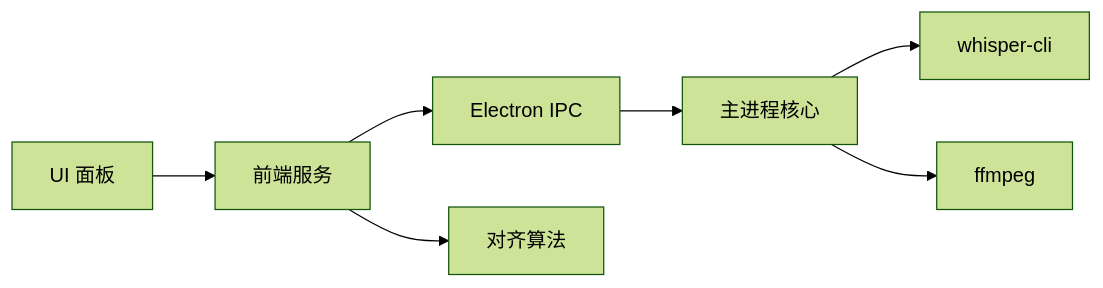
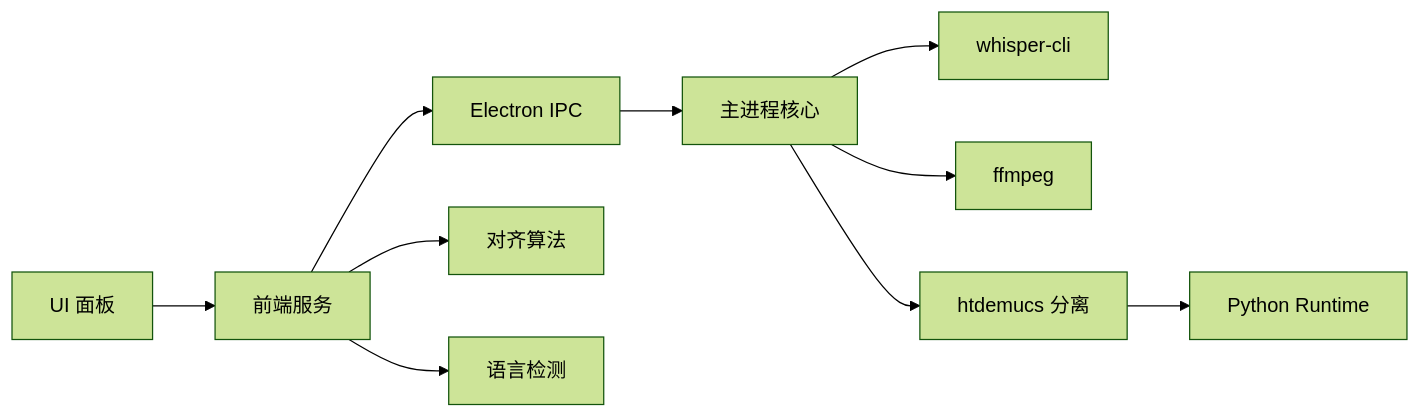
Before and after one commit to nonemarks/folia_player: the sixth of 6 diagrams in .qoder/repowiki/zh/content/模组系统/内置模组详解/Whisper歌词对齐工具.md, drawn with Mermaid (forest theme). The commit also changed other lines of this file and 4 other files, not shown here.

````diff
--- a/.qoder/repowiki/zh/content/模组系统/内置模组详解/Whisper歌词对齐工具.md
+++ b/.qoder/repowiki/zh/content/模组系统/内置模组详解/Whisper歌词对齐工具.md
@@ -311,9 +412,12 @@
 ```mermaid
 graph LR
 UI["UI 面板"] --> SVC["前端服务"]
 SVC --> IPC["Electron IPC"]
 IPC --> CORE["主进程核心"]
 CORE --> CLI["whisper-cli"]
 CORE --> FFMPEG["ffmpeg"]
+CORE --> SIDECAR["htdemucs 分离"]
+SIDECAR --> PYTHON["Python Runtime"]
 SVC --> ALG["对齐算法"]
+SVC --> LANG["语言检测"]
 ```
````
